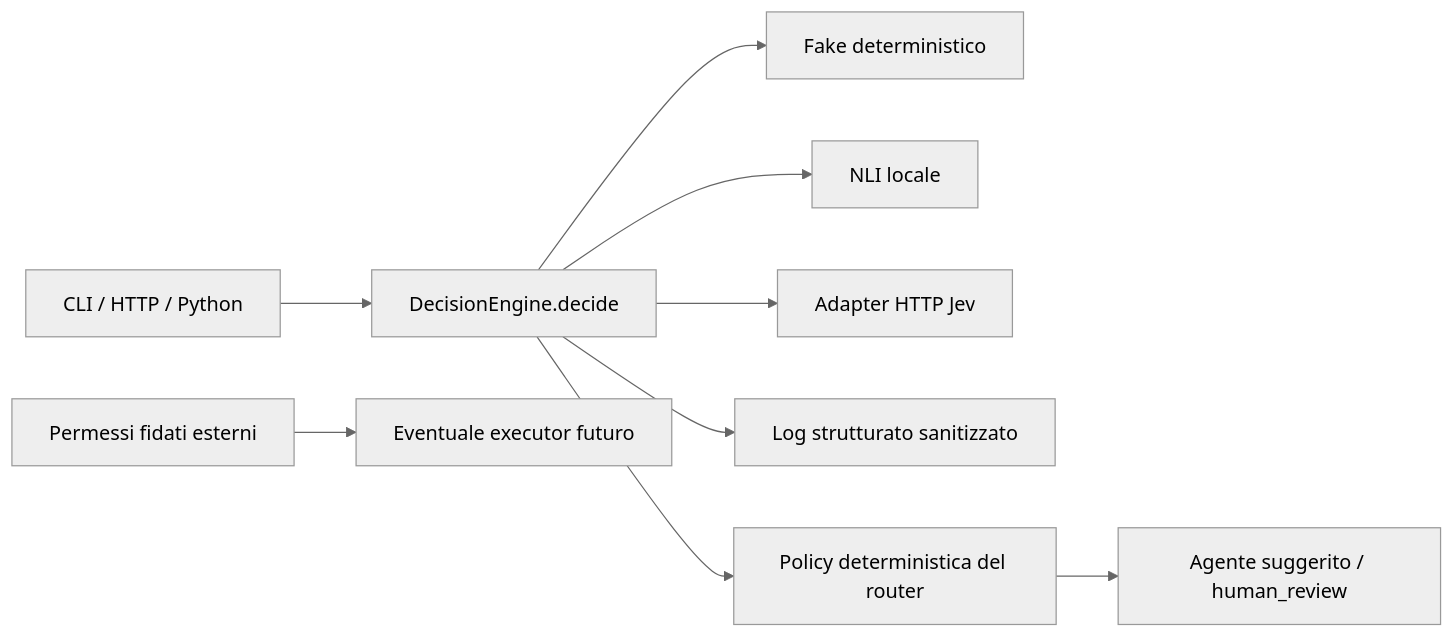
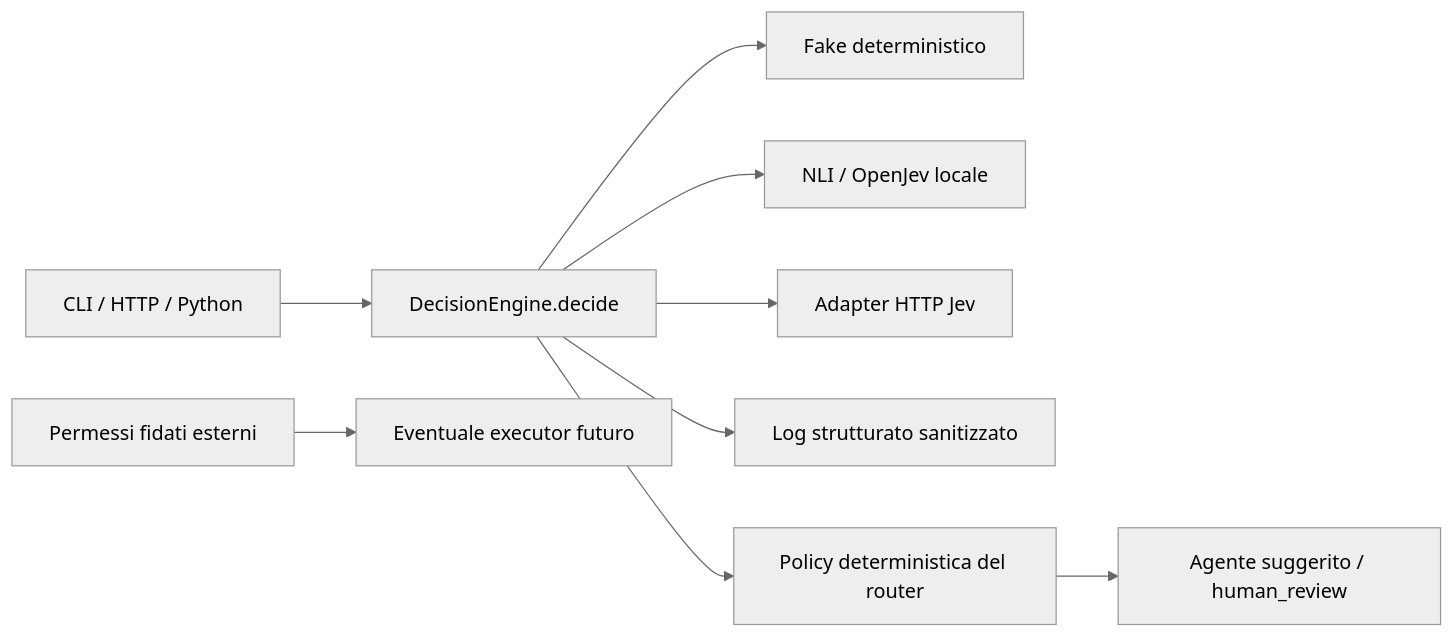
Before and after one commit to zalaso/decision-router: the diagram in docs/ARCHITECTURE.md, drawn with Mermaid (neutral theme). The commit also changed other lines of this file and 15 other files, not shown here.

Commit message:
Add optional GPT-AGI OpenJev local provider

````diff
--- a/docs/ARCHITECTURE.md
+++ b/docs/ARCHITECTURE.md
@@ -8,11 +9,11 @@
 ```mermaid
 flowchart LR
     Client[CLI / HTTP / Python] --> Engine[DecisionEngine.decide]
     Engine --> Fake[Fake deterministico]
-    Engine --> Local[NLI locale]
+    Engine --> Local[NLI / OpenJev locale]
     Engine --> Cloud[Adapter HTTP Jev]
     Engine --> Audit[Log strutturato sanitizzato]
     Engine --> Policy[Policy deterministica del router]
     Policy --> Suggestion[Agente suggerito / human_review]
     Grants[Permessi fidati esterni] --> Executor[Eventuale executor futuro]
 ```
````
